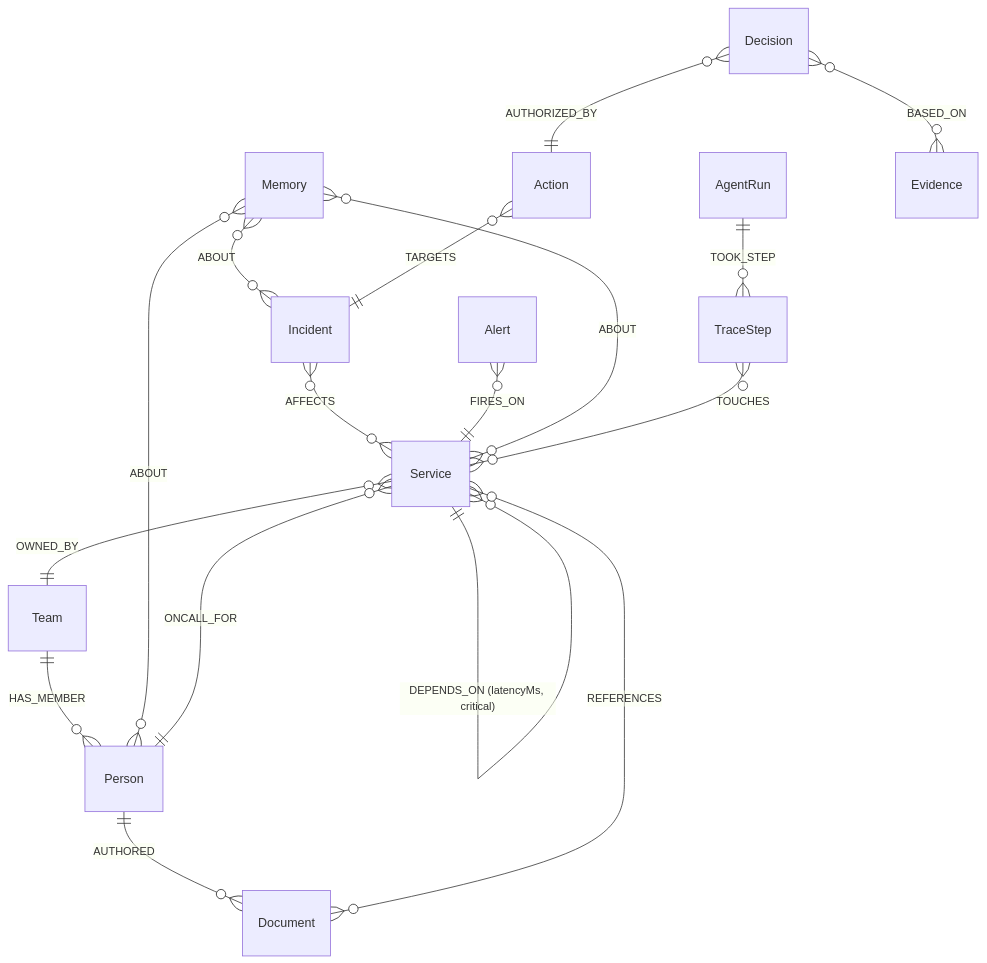
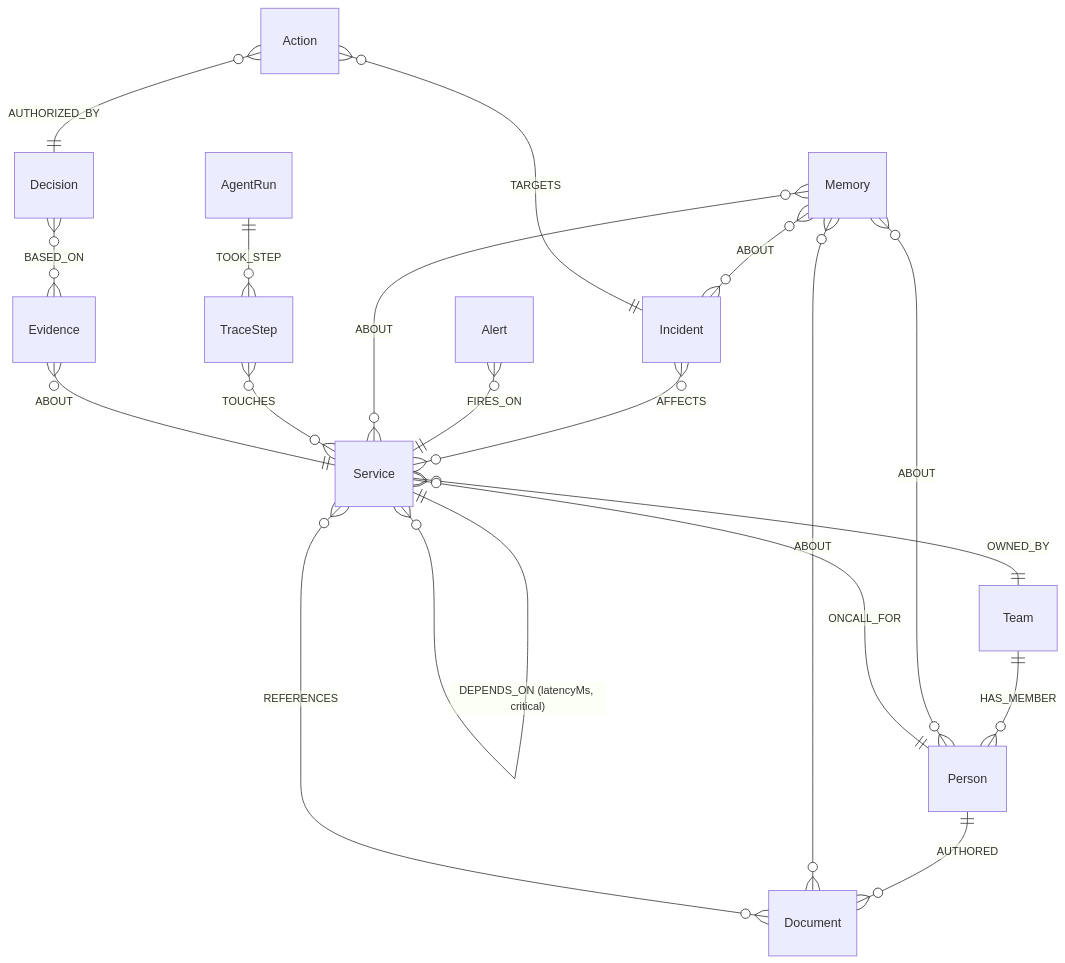
The second of 2 diagrams in README.md (aniruddhaadak80/unspool), drawn with Mermaid before and after one commit. The commit also changed other lines of this file and 13 other files, not shown here.

First line of the commit message:
fix(agent): real incident ids + Action->Decision->Evidence provenance; live verify script

````diff
--- a/README.md
+++ b/README.md
@@ -76,19 +76,21 @@
 ```mermaid
 erDiagram
     Service ||--o{ Service : "DEPENDS_ON (latencyMs, critical)"
     Service }o--|| Team : "OWNED_BY"
     Team ||--o{ Person : "HAS_MEMBER"
     Person ||--o{ Service : "ONCALL_FOR"
     Person ||--o{ Document : "AUTHORED"
     Document }o--o{ Service : "REFERENCES"
     Incident }o--o{ Service : "AFFECTS"
     Alert }o--|| Service : "FIRES_ON"
     Memory }o--o{ Service : "ABOUT"
     Memory }o--o{ Person : "ABOUT"
     Memory }o--o{ Incident : "ABOUT"
+    Memory }o--o{ Document : "ABOUT"
     AgentRun ||--o{ TraceStep : "TOOK_STEP"
     TraceStep }o--o{ Service : "TOUCHES"
     Action }o--|| Incident : "TARGETS"
-    Decision }o--|| Action : "AUTHORIZED_BY"
+    Action }o--|| Decision : "AUTHORIZED_BY"
     Decision }o--o{ Evidence : "BASED_ON"
+    Evidence }o--|| Service : "ABOUT"
 ```
````
